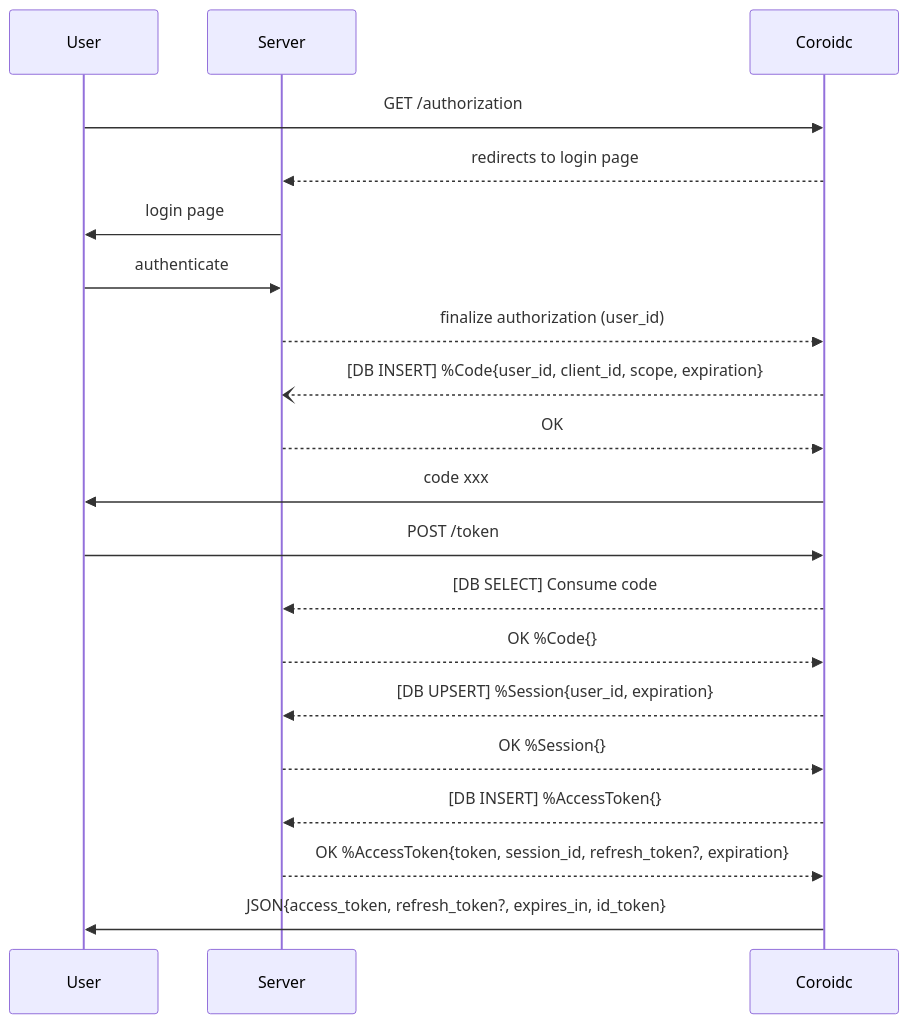
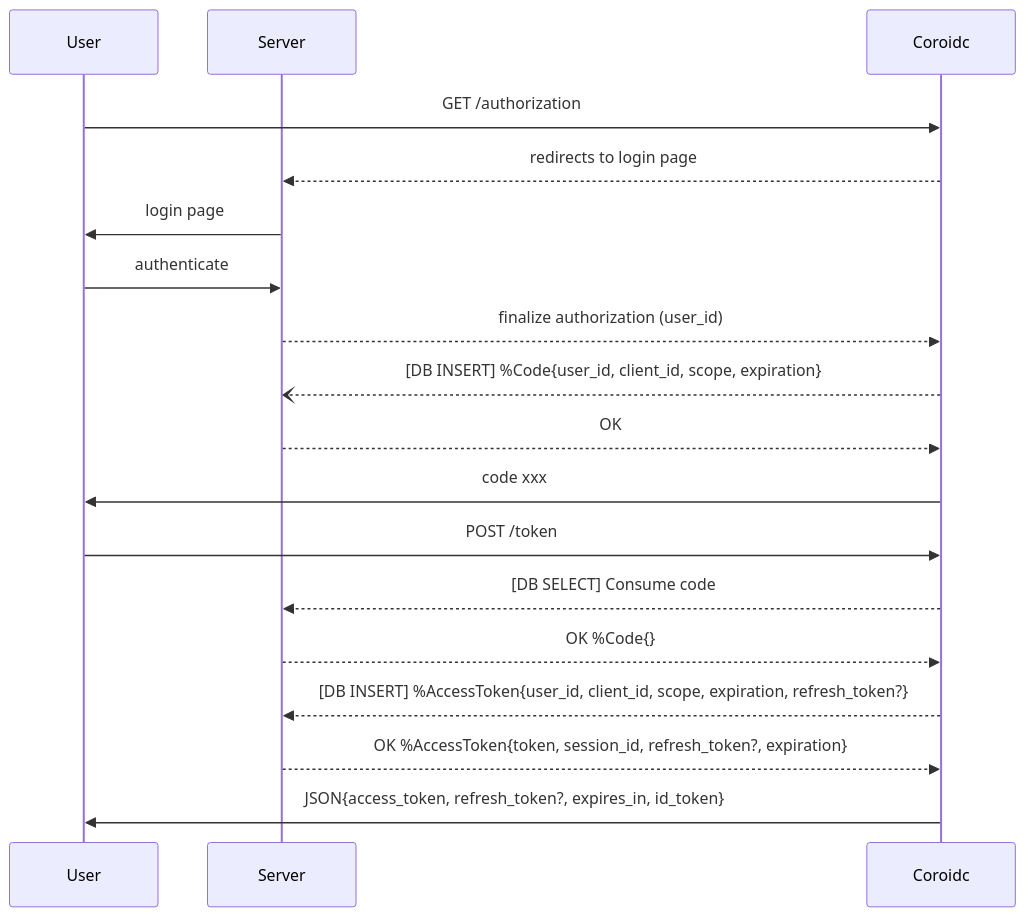
One commit to Dlacreme/coroidc changed the diagram in FLOW.md. Above: the diagram before and after it, drawn with Mermaid. The commit also changed 11 other files, not shown here.

````diff
--- a/FLOW.md
+++ b/FLOW.md
@@ -5,24 +5,22 @@
 ```mermaid
 sequenceDiagram
     participant User
     participant Server
     participant Coroidc
 
     User->>Coroidc: GET /authorization 
     Coroidc-->>Server: redirects to login page
     Server->>User: login page
     User->>Server: authenticate
     Server-->>Coroidc: finalize authorization (user_id)
     Coroidc--)Server: [DB INSERT] %Code{user_id, client_id, scope, expiration}
     Server-->>Coroidc: OK
     Coroidc->>User: code xxx
 
     User->>Coroidc: POST /token
     Coroidc-->>Server: [DB SELECT] Consume code
     Server-->>Coroidc: OK %Code{}
-    Coroidc-->>Server: [DB UPSERT] %Session{user_id, expiration}
-    Server-->>Coroidc: OK %Session{}
-    Coroidc-->>Server: [DB INSERT] %AccessToken{}
+    Coroidc-->>Server: [DB INSERT] %AccessToken{user_id, client_id, scope, expiration, refresh_token?}
     Server-->>Coroidc: OK %AccessToken{token, session_id, refresh_token?, expiration}
     Coroidc->>User: JSON{access_token, refresh_token?, expires_in, id_token}
 ```
````
